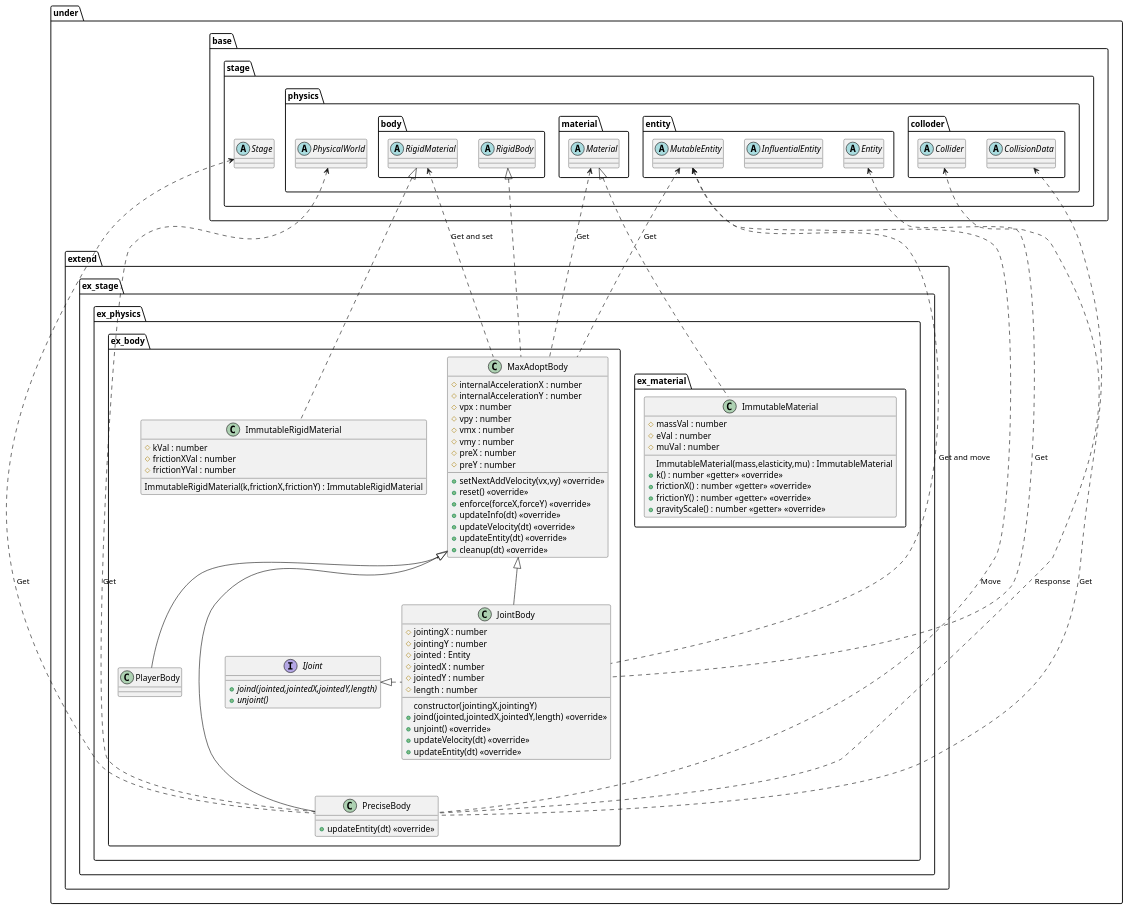
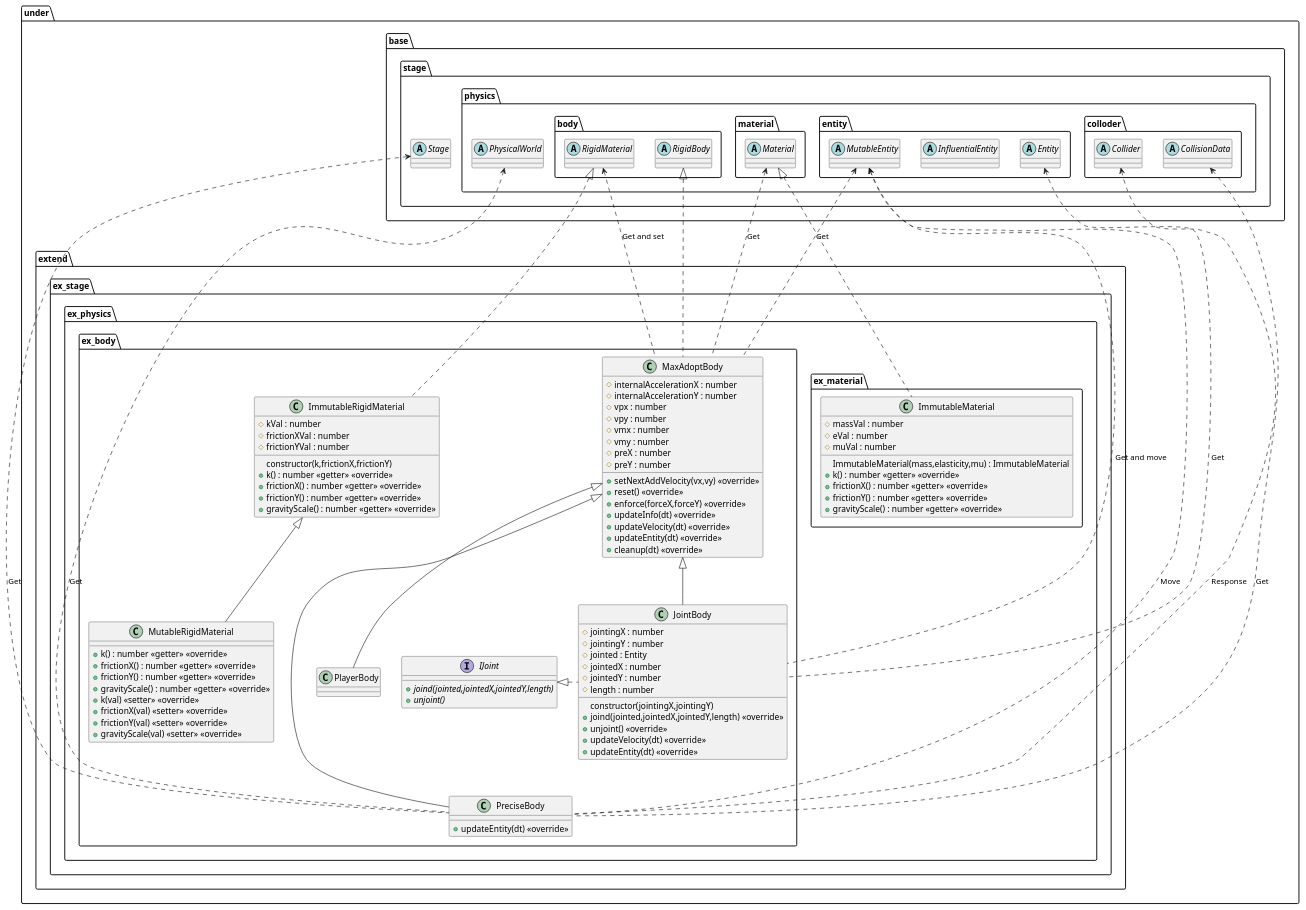
Before and after one commit to Expine/Under: the diagram in uml/entity/physical/Extend.wsd, drawn with PlantUML. The commit also changed 16 other files, not shown here.

Commit message:
Add mutable rigid material

```diff
--- a/uml/entity/physical/Extend.wsd
+++ b/uml/entity/physical/Extend.wsd
@@ -1,120 +1,135 @@
 @startuml PhysicalExtend
 
 package under {
     package extend {
         package ex_stage {
             package ex_physics {
                 package ex_body {
                     class MaxAdoptBody {
                         #internalAccelerationX : number
                         #internalAccelerationY : number
                         #vpx : number
                         #vpy : number
                         #vmx : number
                         #vmy : number
                         #preX : number
                         #preY : number
                         +setNextAddVelocity(vx,vy) <<override>>
                         +reset() <<override>>
                         +enforce(forceX,forceY) <<override>>
                         +updateInfo(dt) <<override>>
                         +updateVelocity(dt) <<override>>
                         +updateEntity(dt) <<override>>
                         +cleanup(dt) <<override>>
                     }
                     class PreciseBody {
                         +updateEntity(dt) <<override>>
                     }
                     class PlayerBody
                     interface IJoint {
                         {abstract} +joind(jointed,jointedX,jointedY,length)
                         {abstract} +unjoint()
                     }
                     class JointBody {
                         constructor(jointingX,jointingY)
                         #jointingX : number
                         #jointingY : number
                         #jointed : Entity
                         #jointedX : number
                         #jointedY : number
                         #length : number
                         +joind(jointed,jointedX,jointedY,length) <<override>>
                         +unjoint() <<override>>
                         +updateVelocity(dt) <<override>>
                         +updateEntity(dt) <<override>>
                     }
                     class ImmutableRigidMaterial {
-                        ImmutableRigidMaterial(k,frictionX,frictionY) : ImmutableRigidMaterial
+                        constructor(k,frictionX,frictionY)
                         #kVal : number
                         #frictionXVal : number
                         #frictionYVal : number
+                        +k() : number <<getter>> <<override>>
+                        +frictionX() : number <<getter>> <<override>>
+                        +frictionY() : number <<getter>> <<override>>
+                        +gravityScale() : number <<getter>> <<override>>
+                    }
+                    class MutableRigidMaterial {
+                        +k() : number <<getter>> <<override>>
+                        +frictionX() : number <<getter>> <<override>>
+                        +frictionY() : number <<getter>> <<override>>
+                        +gravityScale() : number <<getter>> <<override>>
+                        +k(val) <<setter>> <<override>>
+                        +frictionX(val) <<setter>> <<override>>
+                        +frictionY(val) <<setter>> <<override>>
+                        +gravityScale(val) <<setter>> <<override>>
                     }
                 }
 
                 package ex_material {
                     class ImmutableMaterial  {
                         ImmutableMaterial(mass,elasticity,mu) : ImmutableMaterial
                         #massVal : number
                         #eVal : number
                         #muVal : number
                         +k() : number <<getter>> <<override>>
                         +frictionX() : number <<getter>> <<override>>
                         +frictionY() : number <<getter>> <<override>>
                         +gravityScale() : number <<getter>> <<override>>
                     }
                 }
             }
         }
     }
 }
 
 package under {
     package base {
         package stage {
             abstract Stage
             package physics {
                 abstract PhysicalWorld
                 package entity {
                     abstract Entity
                     abstract InfluentialEntity
                     abstract MutableEntity
                 }
                 package colloder {
                     abstract Collider
                     abstract CollisionData
                 }
                 package body {
                     abstract RigidBody
                     abstract RigidMaterial
                 }
                 package material {
                     abstract Material
                 }
             }
         }
     }
 }
 
 MutableEntity <.. MaxAdoptBody : Get
 Material <.. MaxAdoptBody : Get
 RigidMaterial <.. MaxAdoptBody : Get and set
 
 MutableEntity <... PreciseBody : Move
 Stage <... PreciseBody : Get
 PhysicalWorld <... PreciseBody : Get
 CollisionData <... PreciseBody : Get
 Collider <... PreciseBody : Response
 
 MutableEntity <.. JointBody : Get and move
 Entity <.. JointBody : Get
 
 RigidBody <|.. MaxAdoptBody
 MaxAdoptBody <|--- PreciseBody
 MaxAdoptBody <|-- PlayerBody
 IJoint <|. JointBody
 MaxAdoptBody <|-- JointBody
 RigidMaterial <|.. ImmutableRigidMaterial
+ImmutableRigidMaterial <|-- MutableRigidMaterial
 
 Material <|.. ImmutableMaterial
 
 @enduml
```
